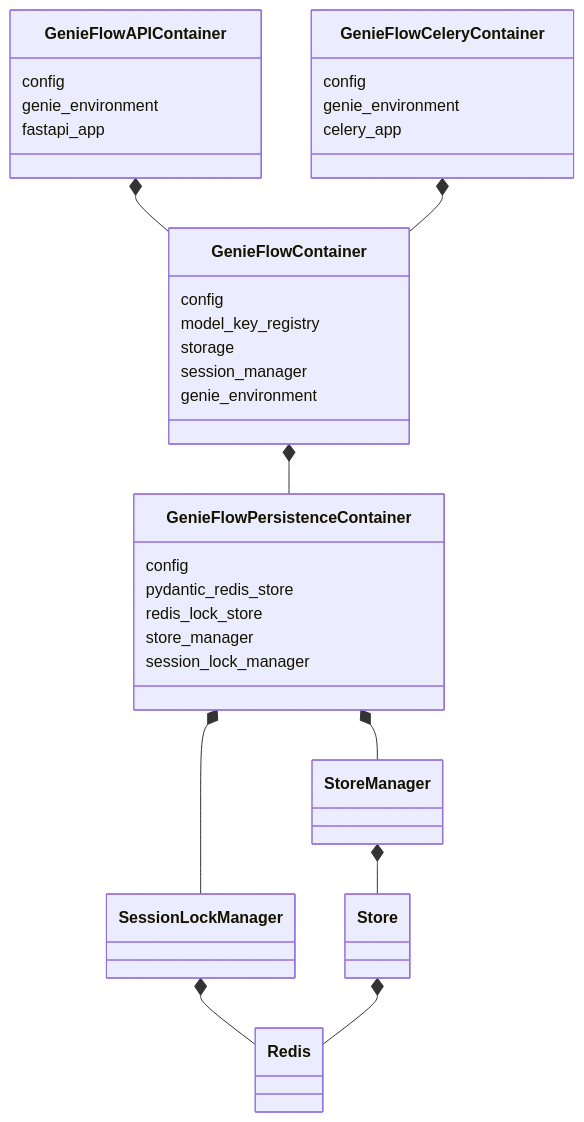
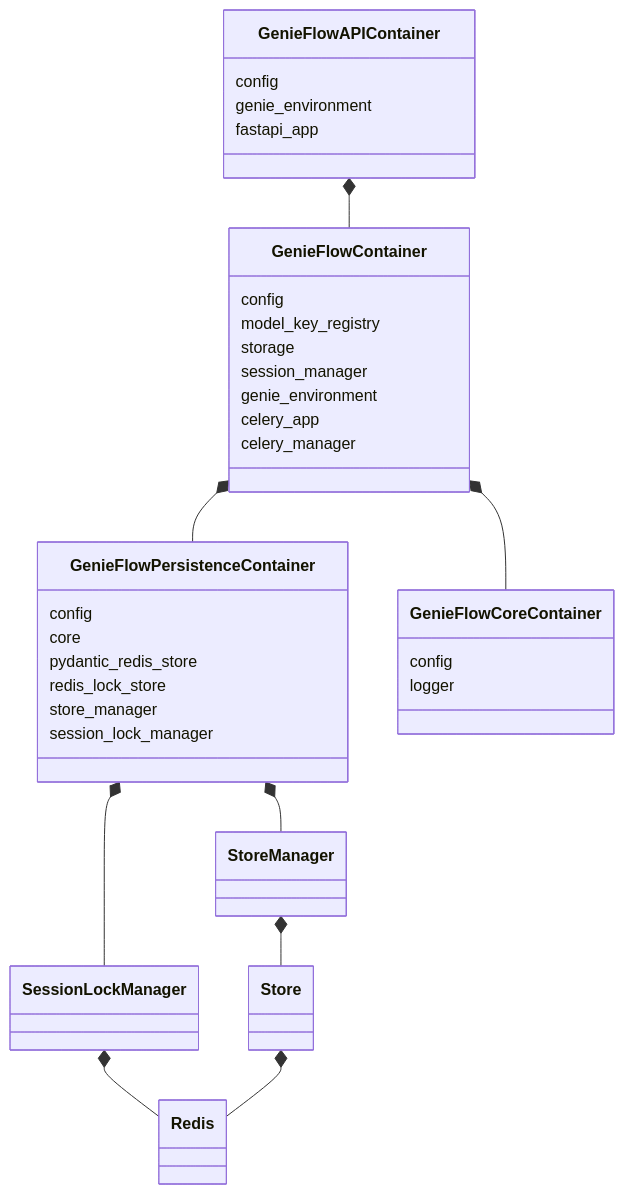
One commit to genieversum/genie-flow changed the diagram in doc/architecture.md. Above: the diagram before and after it, drawn with Mermaid. The commit also changed 22 other files, not shown here.

````diff
--- a/doc/architecture.md
+++ b/doc/architecture.md
@@ -1,41 +1,43 @@
 ```mermaid
 classDiagram
     GenieFlowContainer *-- GenieFlowPersistenceContainer
+    GenieFlowContainer *-- GenieFlowCoreContainer
     GenieFlowAPIContainer *-- GenieFlowContainer
-    GenieFlowCeleryContainer *-- GenieFlowContainer
     
     GenieFlowPersistenceContainer *-- StoreManager
     GenieFlowPersistenceContainer *-- SessionLockManager
     StoreManager *-- Store
     SessionLockManager *-- Redis
     Store *-- Redis
     
+    class GenieFlowCoreContainer{
+        config
+        logger
+    }
+    
     class GenieFlowPersistenceContainer{
         config
+        core
         pydantic_redis_store
         redis_lock_store
         store_manager
         session_lock_manager
     }
     
     class GenieFlowContainer{
         config
         model_key_registry
         storage
         session_manager
         genie_environment
+        celery_app
+        celery_manager
     }
     
     class GenieFlowAPIContainer{
         config
         genie_environment
         fastapi_app
     }
-    
-    class GenieFlowCeleryContainer{
-        config
-        genie_environment
-        celery_app
-    }
-    
+
 ```
````
